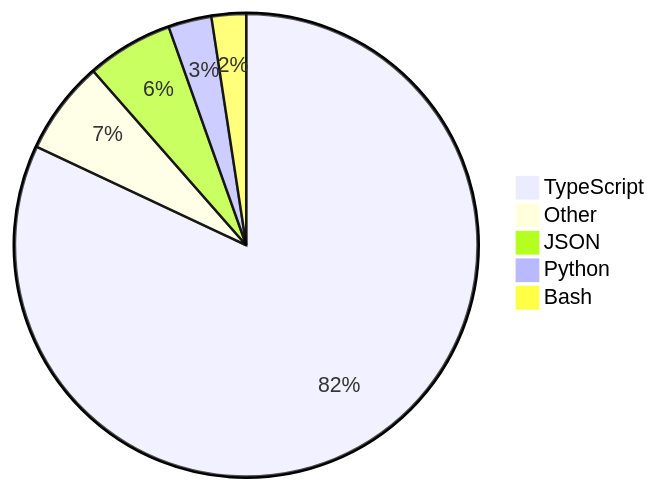
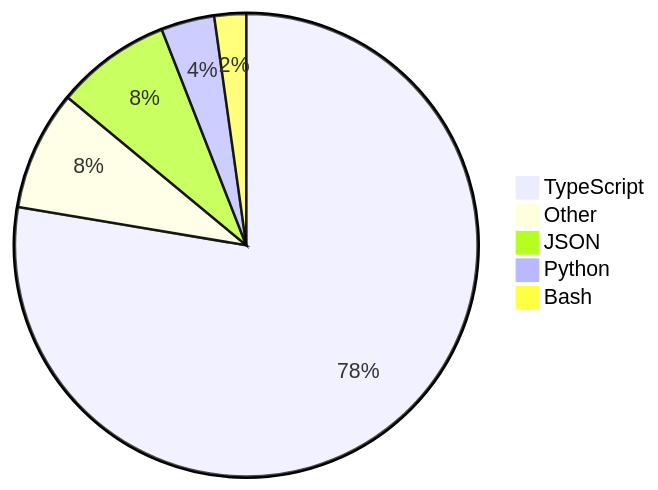
Before and after one commit to skvggor/skvggor: the diagram in README.md, drawn with Mermaid.

Commit message:
Updated waka-readme graph with new metrics

````diff
--- a/README.md
+++ b/README.md
@@ -28,8 +28,8 @@
 ```mermaid
 pie
-    "TypeScript" : 81.5
-    "Other" : 6.5
-    "JSON" : 6.0
-    "Python" : 3.0
-    "Bash" : 2.4
+    "TypeScript" : 77.1
+    "Other" : 8.3
+    "JSON" : 8.0
+    "Python" : 3.7
+    "Bash" : 2.2
 ```
````
